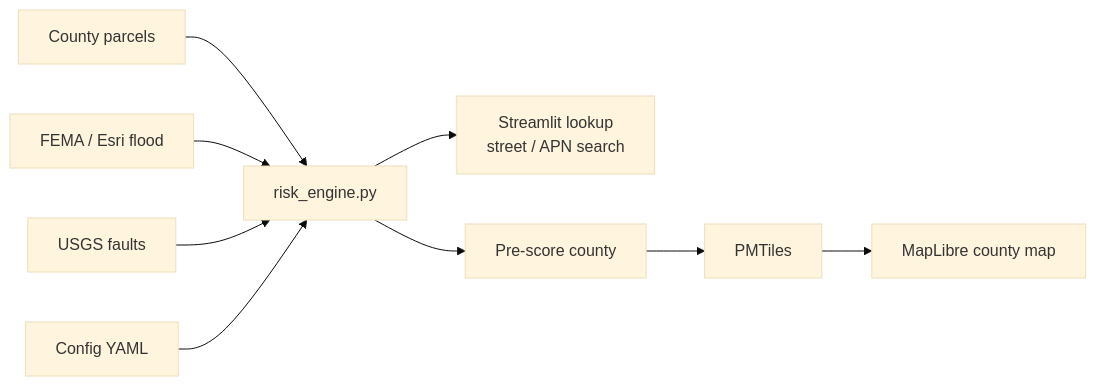
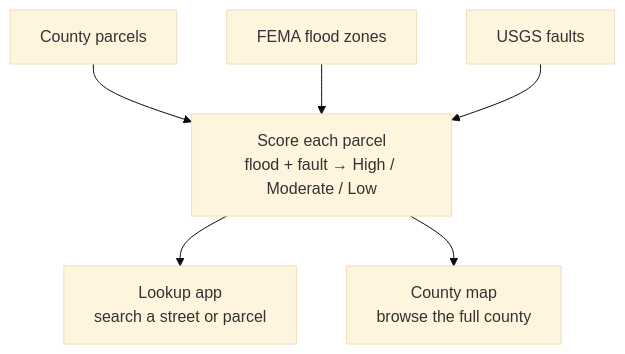
One commit to KatyaAlimov/northern-nv-parcel-risk changed the diagram in README.md. Above: the diagram before and after it, drawn with Mermaid (base theme). The commit also changed other lines of this file, not shown here.

Commit message:
Clarify architecture as inputs → scoring → two apps.

````diff
--- a/README.md
+++ b/README.md
@@ -35,11 +35,8 @@
 ```mermaid
-flowchart LR
-  parcels[County parcels] --> engine[risk_engine.py]
-  flood[FEMA / Esri flood] --> engine
-  faults[USGS faults] --> engine
-  config[Config YAML] --> engine
-  engine --> app[Streamlit lookup<br/>street / APN search]
-  engine --> batch[Pre-score county]
-  batch --> tiles[PMTiles]
-  tiles --> map[MapLibre county map]
+flowchart TB
+  A[County parcels] --> D[Score each parcel<br/>flood + fault → High / Moderate / Low]
+  B[FEMA flood zones] --> D
+  C[USGS faults] --> D
+  D --> E[Lookup app<br/>search a street or parcel]
+  D --> F[County map<br/>browse the full county]
 ```
````
